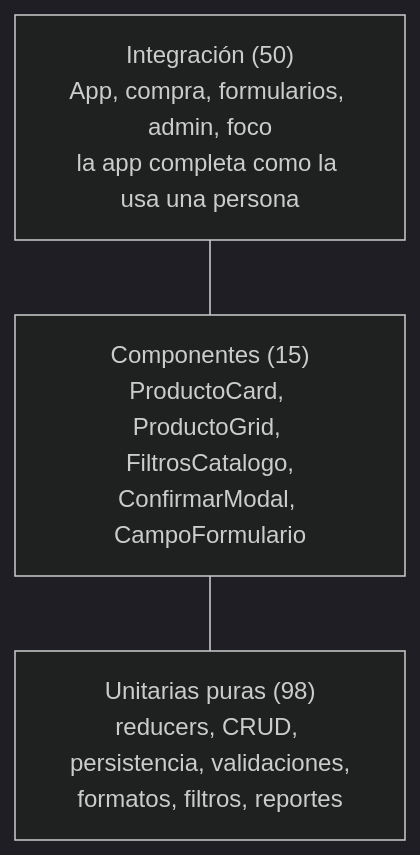
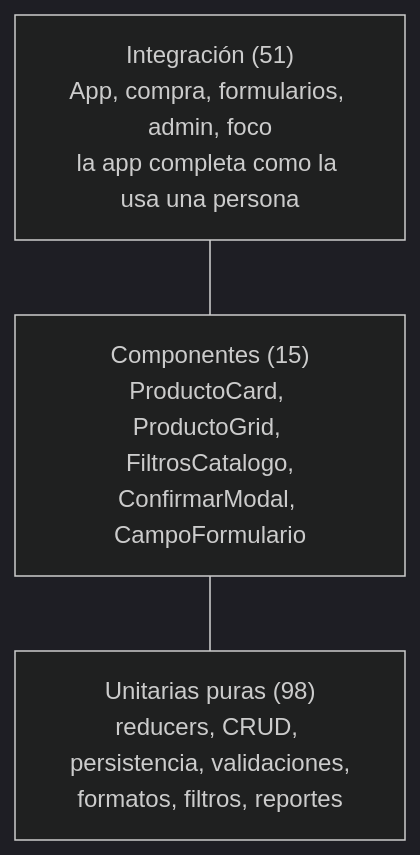
The fifth of 5 diagrams in DOCUMENTACION.md (CristobalStenger/nexus_frontend), drawn with Mermaid (dark theme) before and after one commit. The commit also changed other lines of this file and 1 other file, not shown here.

````diff
--- a/DOCUMENTACION.md
+++ b/DOCUMENTACION.md
@@ -955,7 +955,7 @@
 ```mermaid
 flowchart TB
-  I["Integración (50)<br/>App, compra, formularios, admin, foco<br/>la app completa como la usa una persona"]
+  I["Integración (51)<br/>App, compra, formularios, admin, foco<br/>la app completa como la usa una persona"]
   C["Componentes (15)<br/>ProductoCard, ProductoGrid, FiltrosCatalogo,<br/>ConfirmarModal, CampoFormulario"]
   U["Unitarias puras (98)<br/>reducers, CRUD, persistencia, validaciones,<br/>formatos, filtros, reportes"]
   I --- C --- U
 ```
````
